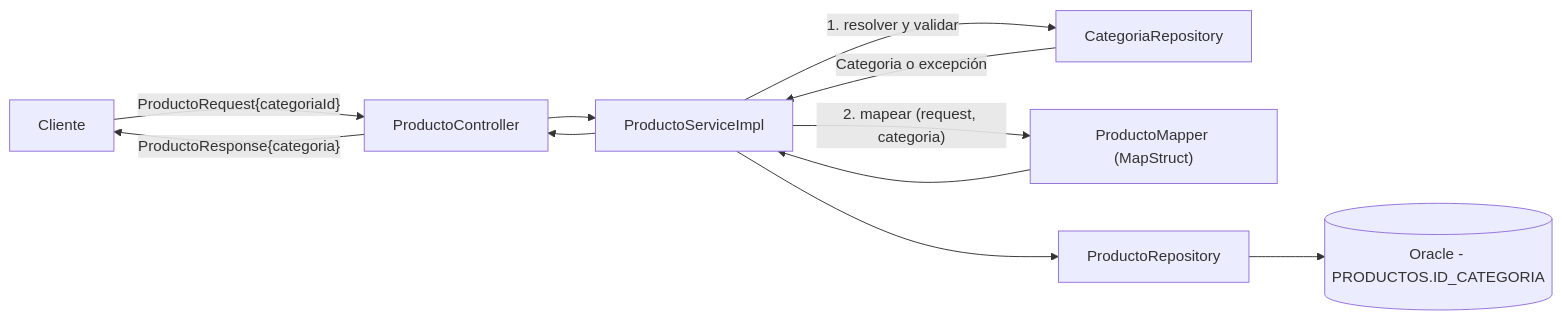
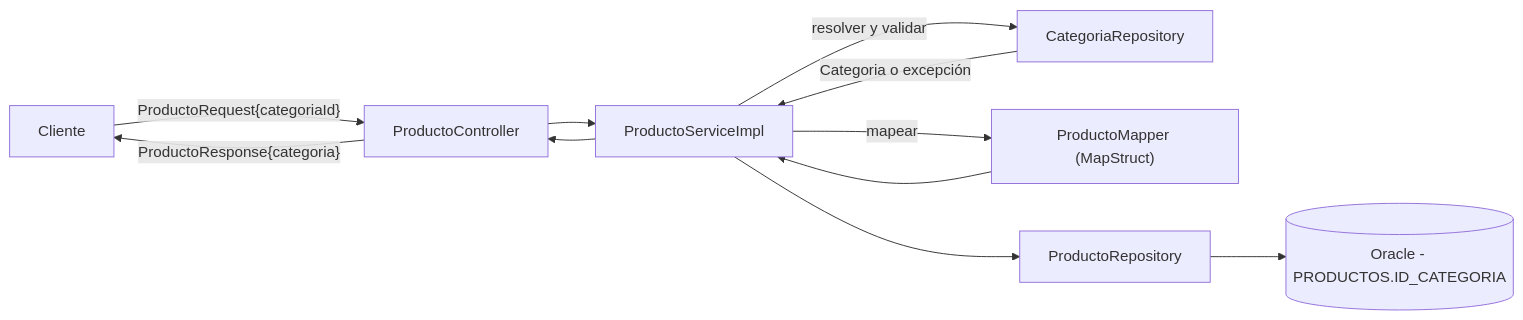
The second of 8 diagrams in docs/lp2/sesiones/S03_Objetos_Relacionados_Categoria_Producto.md (262ciclo4/bomerp), drawn with Mermaid before and after one commit. The commit also changed other lines of this file, not shown here.

````diff
--- a/docs/lp2/sesiones/S03_Objetos_Relacionados_Categoria_Producto.md
+++ b/docs/lp2/sesiones/S03_Objetos_Relacionados_Categoria_Producto.md
@@ -92,21 +92,21 @@
 ```mermaid
 flowchart LR
     Client["Cliente"]
     Controller["ProductoController"]
     Service["ProductoServiceImpl"]
     CatRepo["CategoriaRepository"]
     Mapper["ProductoMapper (MapStruct)"]
     Repo["ProductoRepository"]
     DB[("Oracle - PRODUCTOS.ID_CATEGORIA")]
 
     Client -->|"ProductoRequest{categoriaId}"| Controller
     Controller --> Service
-    Service -->|"1. resolver y validar"| CatRepo
+    Service -->|"resolver y validar"| CatRepo
     CatRepo -->|"Categoria o excepción"| Service
-    Service -->|"2. mapear (request, categoria)"| Mapper
+    Service -->|"mapear"| Mapper
     Mapper --> Service
     Service --> Repo
     Repo --> DB
     Service --> Controller
     Controller -->|"ProductoResponse{categoria}"| Client
 ```
````
